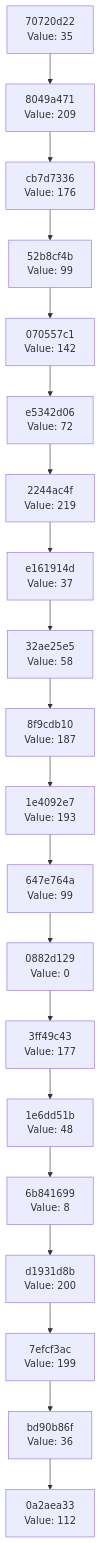
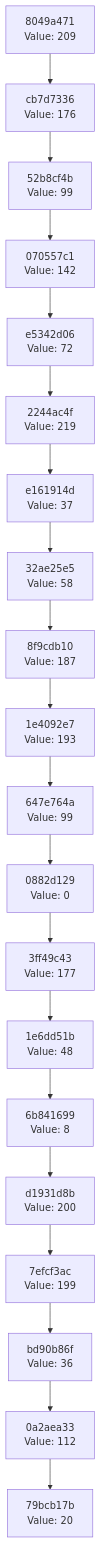
Before and after one commit to Abhisheksinha1506/hash-chain-evolver: the diagram in docs/CHAIN_VISUALIZATION.md, drawn with Mermaid. The commit also changed 2 other files, not shown here.

Commit message:
Evolution step: hash 0x14 → action executed

````diff
--- a/docs/CHAIN_VISUALIZATION.md
+++ b/docs/CHAIN_VISUALIZATION.md
@@ -3,42 +3,42 @@
 ```mermaid
 graph TD
-    C0["0a2aea33<br/>Value: 112"]
-    C1["bd90b86f<br/>Value: 36"]
+    C0["79bcb17b<br/>Value: 20"]
+    C1["0a2aea33<br/>Value: 112"]
     C1 --> C0
-    C2["7efcf3ac<br/>Value: 199"]
+    C2["bd90b86f<br/>Value: 36"]
     C2 --> C1
-    C3["d1931d8b<br/>Value: 200"]
+    C3["7efcf3ac<br/>Value: 199"]
     C3 --> C2
-    C4["6b841699<br/>Value: 8"]
+    C4["d1931d8b<br/>Value: 200"]
     C4 --> C3
-    C5["1e6dd51b<br/>Value: 48"]
+    C5["6b841699<br/>Value: 8"]
     C5 --> C4
-    C6["3ff49c43<br/>Value: 177"]
+    C6["1e6dd51b<br/>Value: 48"]
     C6 --> C5
-    C7["0882d129<br/>Value: 0"]
+    C7["3ff49c43<br/>Value: 177"]
     C7 --> C6
-    C8["647e764a<br/>Value: 99"]
+    C8["0882d129<br/>Value: 0"]
     C8 --> C7
-    C9["1e4092e7<br/>Value: 193"]
+    C9["647e764a<br/>Value: 99"]
     C9 --> C8
-    C10["8f9cdb10<br/>Value: 187"]
+    C10["1e4092e7<br/>Value: 193"]
     C10 --> C9
-    C11["32ae25e5<br/>Value: 58"]
+    C11["8f9cdb10<br/>Value: 187"]
     C11 --> C10
-    C12["e161914d<br/>Value: 37"]
+    C12["32ae25e5<br/>Value: 58"]
     C12 --> C11
-    C13["2244ac4f<br/>Value: 219"]
+    C13["e161914d<br/>Value: 37"]
     C13 --> C12
-    C14["e5342d06<br/>Value: 72"]
+    C14["2244ac4f<br/>Value: 219"]
     C14 --> C13
-    C15["070557c1<br/>Value: 142"]
+    C15["e5342d06<br/>Value: 72"]
     C15 --> C14
-    C16["52b8cf4b<br/>Value: 99"]
+    C16["070557c1<br/>Value: 142"]
     C16 --> C15
-    C17["cb7d7336<br/>Value: 176"]
+    C17["52b8cf4b<br/>Value: 99"]
     C17 --> C16
-    C18["8049a471<br/>Value: 209"]
+    C18["cb7d7336<br/>Value: 176"]
     C18 --> C17
-    C19["70720d22<br/>Value: 35"]
+    C19["8049a471<br/>Value: 209"]
     C19 --> C18
 ```
````
